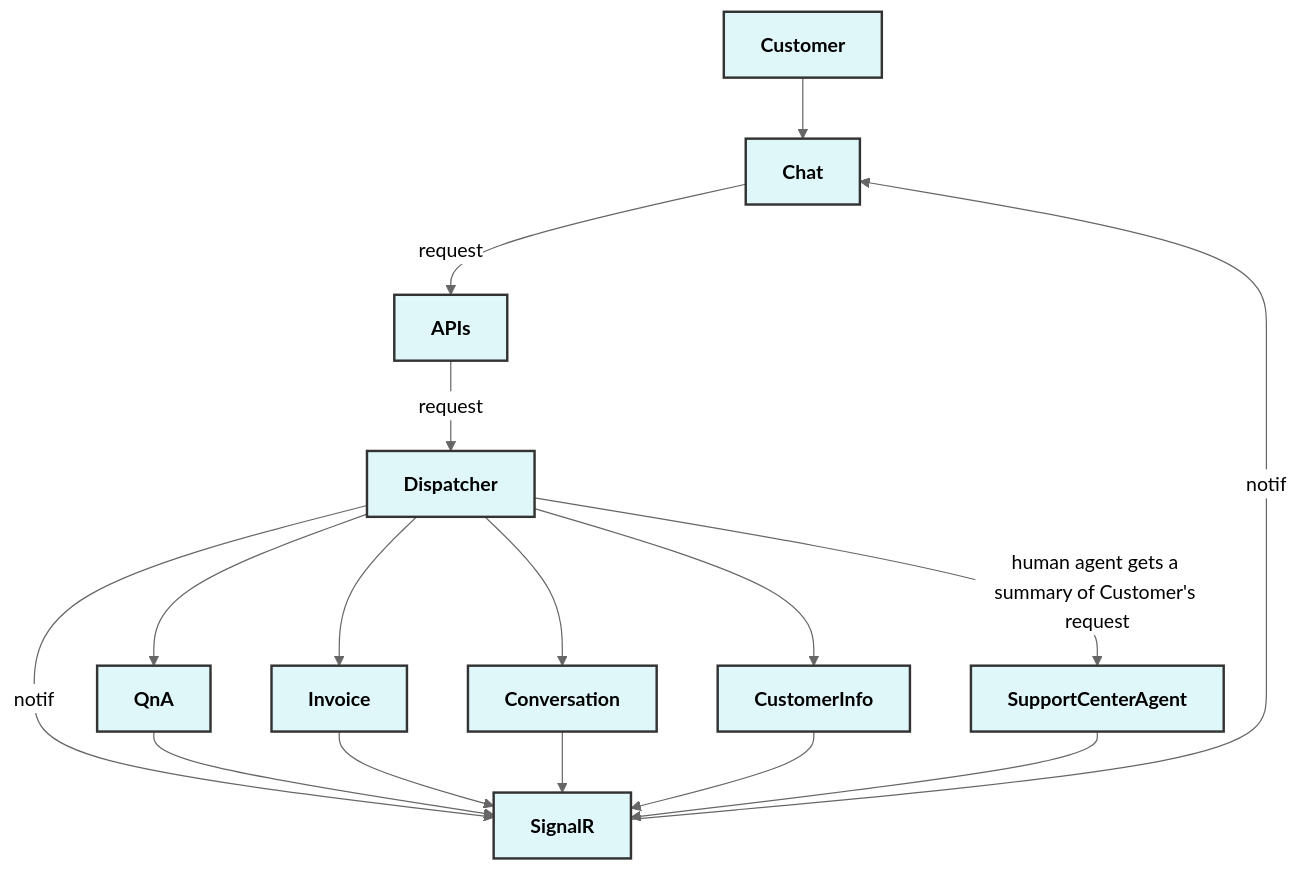
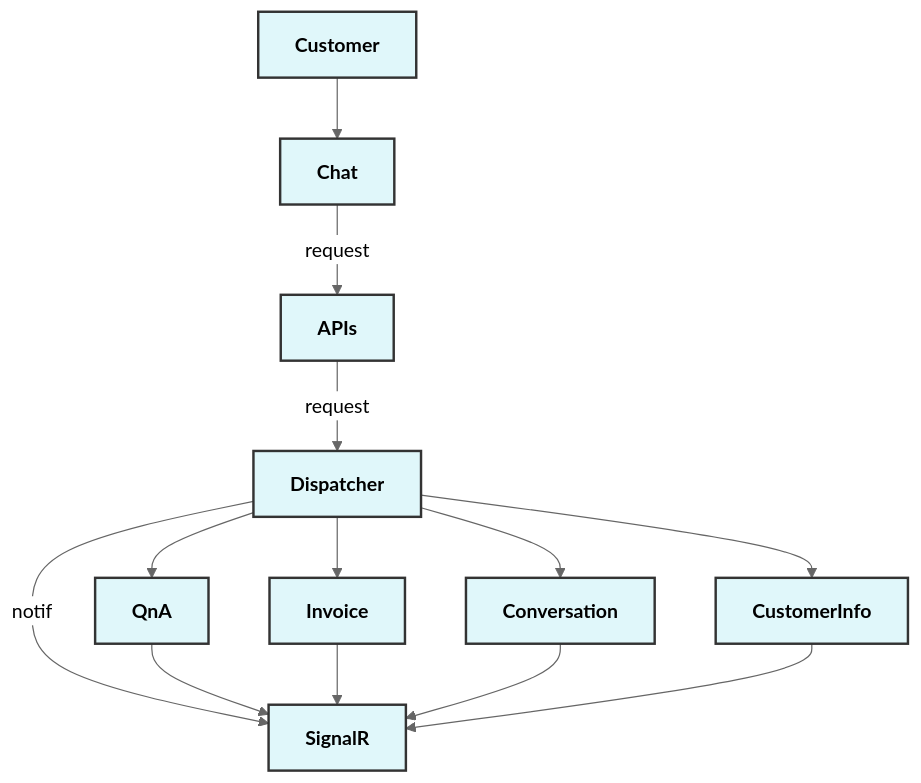
The diagram in samples/support-center/README.md (microsoft/project-oagents), drawn with Mermaid (neutral theme) before and after one commit. The commit also changed 1 other file, not shown here.

Commit message:
Readme update

````diff
--- a/samples/support-center/README.md
+++ b/samples/support-center/README.md
@@ -92,28 +94,24 @@
 ```mermaid
 graph TD
     classDef default fill:#f9f9f9,stroke:#333,stroke-width:2px,color:#333,font-weight:bold;  
     classDef highlight fill:#e0f7fa,stroke:#333,stroke-width:2px,color:#000,font-weight:bold; 
     
     User[Customer] --> Chat
     Chat -->|request| APIs
     APIs -->|request| Dispatcher
     Dispatcher -->|notif| SignalR
 
     Dispatcher --> QnA
     QnA --> SignalR
 
     Dispatcher --> Invoice
     Invoice --> SignalR
 
     Dispatcher --> Conversation
     Conversation --> SignalR
 
     Dispatcher --> CustomerInfo
     CustomerInfo --> SignalR
 
-    Dispatcher -->|human agent gets a summary of Customer's request| SupportCenterAgent
-    SupportCenterAgent --> SignalR
-    SignalR -->|notif| Chat
-
-    class User,Chat,APIs,Dispatcher,SignalR,QnA,Invoice,Conversation,CustomerInfo,SupportCenterAgent highlight;
+    class User,Chat,APIs,Dispatcher,SignalR,QnA,Invoice,Conversation,CustomerInfo highlight;
 ```
````
